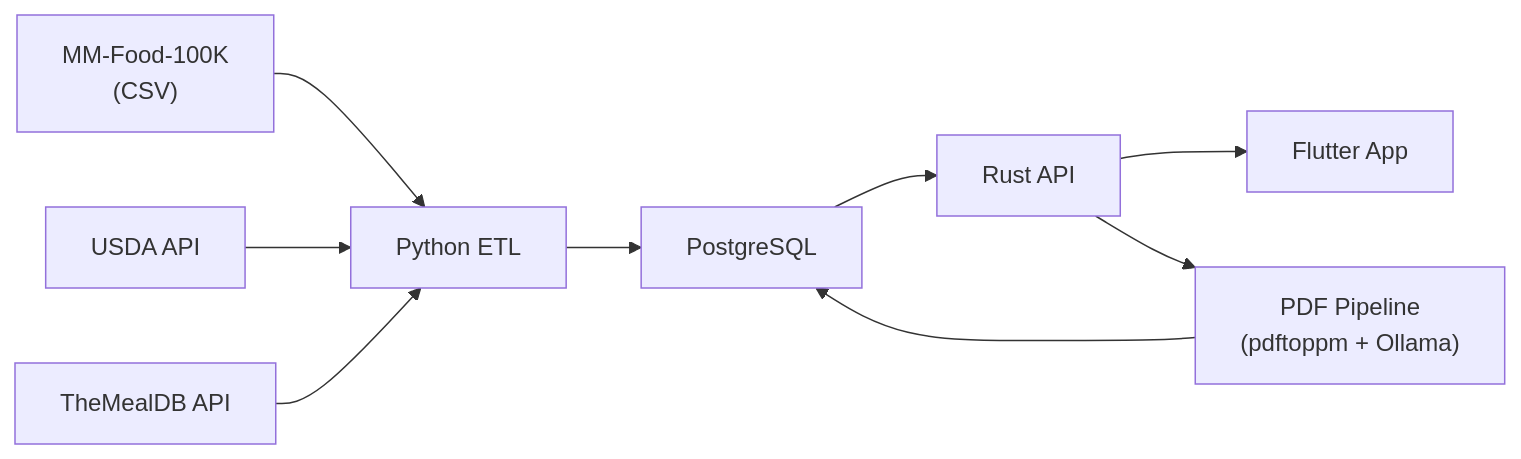
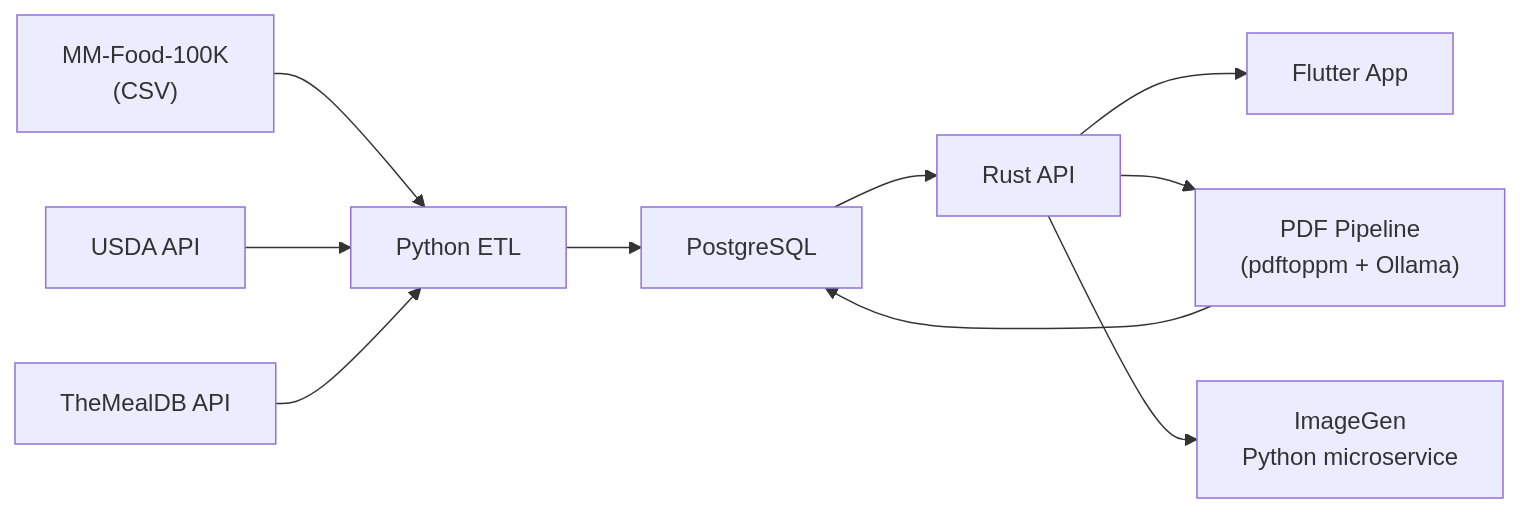
The third of 3 diagrams in content/docs/architecture/repositories.mdx (Cookest/docs), drawn with Mermaid before and after one commit. The commit also changed other lines of this file, not shown here.

Commit message:
docs(architecture): update api/ to multi-crate workspace, add image-gen and cookest-ad

````diff
--- a/content/docs/architecture/repositories.mdx
+++ b/content/docs/architecture/repositories.mdx
@@ -240,11 +281,15 @@
 ```mermaid
 graph LR
-    CSV["MM-Food-100K\n(CSV)"] --> ETL["Python ETL"]
+    CSV["MM-Food-100K
+(CSV)"] --> ETL["Python ETL"]
     USDA["USDA API"] --> ETL
     MealDB["TheMealDB API"] --> ETL
     ETL --> DB["PostgreSQL"]
     DB --> API["Rust API"]
     API --> App["Flutter App"]
-    API --> PDF["PDF Pipeline\n(pdftoppm + Ollama)"]
+    API --> PDF["PDF Pipeline
+(pdftoppm + Ollama)"]
+    API --> IMG["ImageGen
+Python microservice"]
     PDF --> DB
 ```
````
